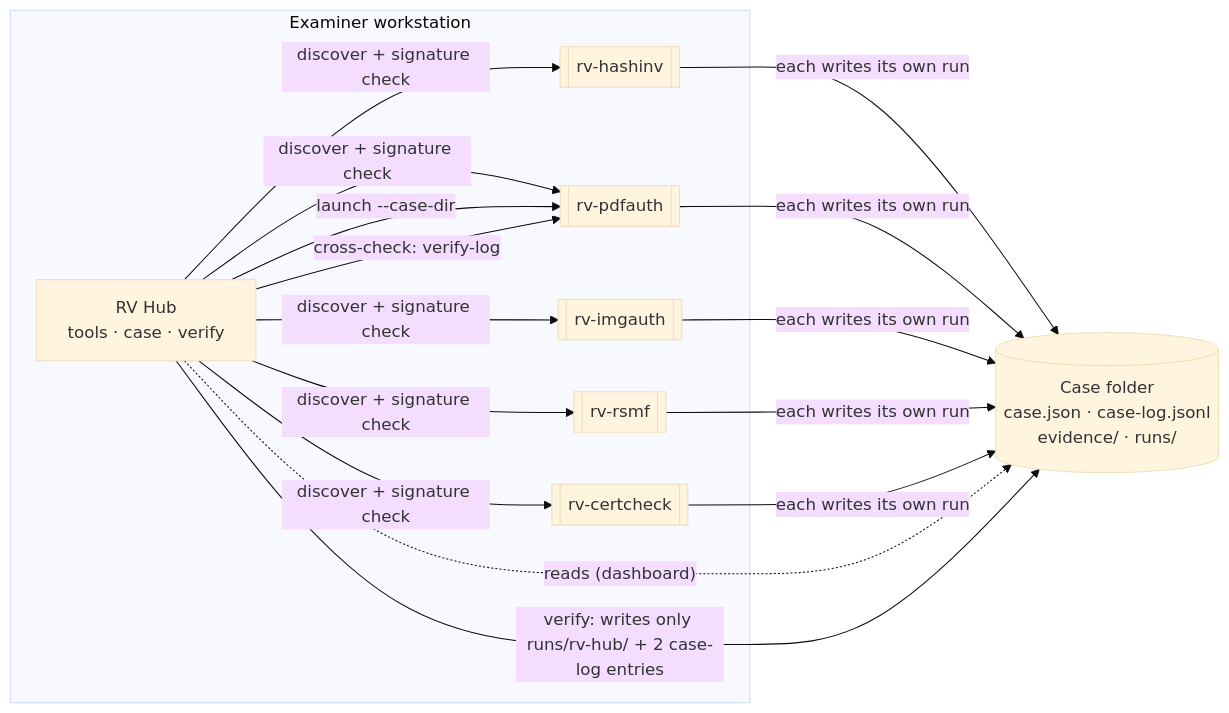
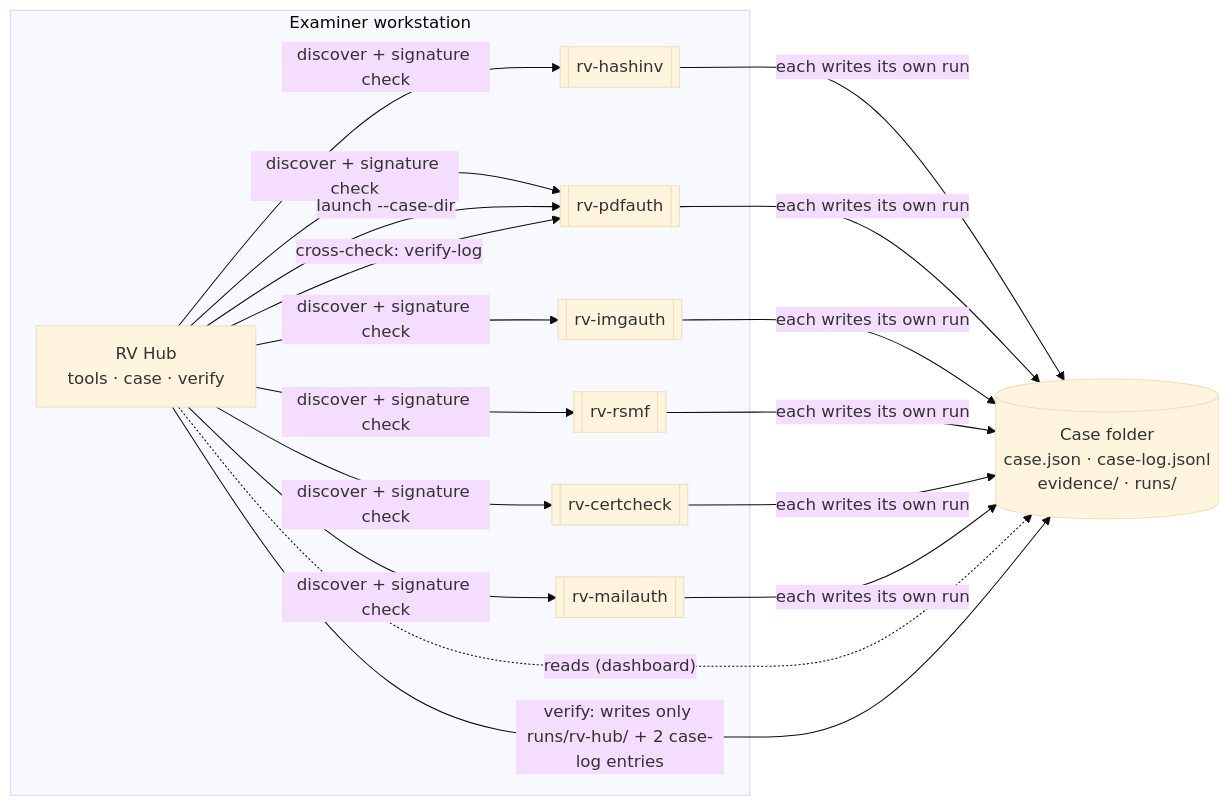
The first of 2 diagrams in README.md (Panacota96/rv-hub), drawn with Mermaid (base theme) before and after one commit. The commit also changed other lines of this file and 8 other files, not shown here.

````diff
--- a/README.md
+++ b/README.md
@@ -28,18 +28,19 @@
 ```mermaid
 flowchart LR
     subgraph WS["Examiner workstation"]
         HUB["RV Hub<br/>tools · case · verify"]
         T1[["rv-hashinv"]]
         T2[["rv-pdfauth"]]
         T3[["rv-imgauth"]]
         T4[["rv-rsmf"]]
         T5[["rv-certcheck"]]
+        T6[["rv-mailauth"]]
     end
     CASE[("Case folder<br/>case.json · case-log.jsonl<br/>evidence/ · runs/")]
-    HUB -- "discover + signature check" --> T1 & T2 & T3 & T4 & T5
+    HUB -- "discover + signature check" --> T1 & T2 & T3 & T4 & T5 & T6
     HUB -- "launch --case-dir" --> T2
-    T1 & T2 & T3 & T4 & T5 -- "each writes its own run" --> CASE
+    T1 & T2 & T3 & T4 & T5 & T6 -- "each writes its own run" --> CASE
     HUB -. "reads (dashboard)" .-> CASE
     HUB -- "verify: writes only runs/rv-hub/ + 2 case-log entries" --> CASE
     HUB -- "cross-check: verify-log" --> T2
 ```
````
